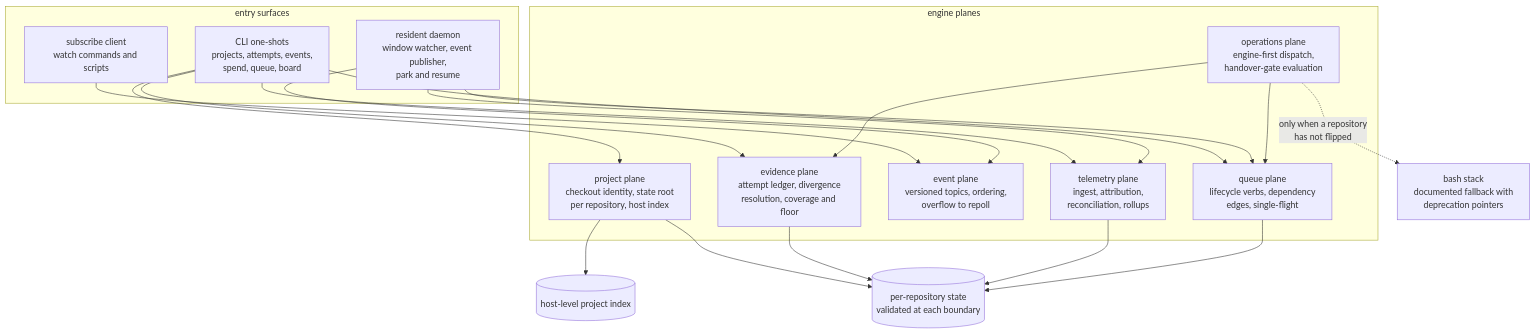
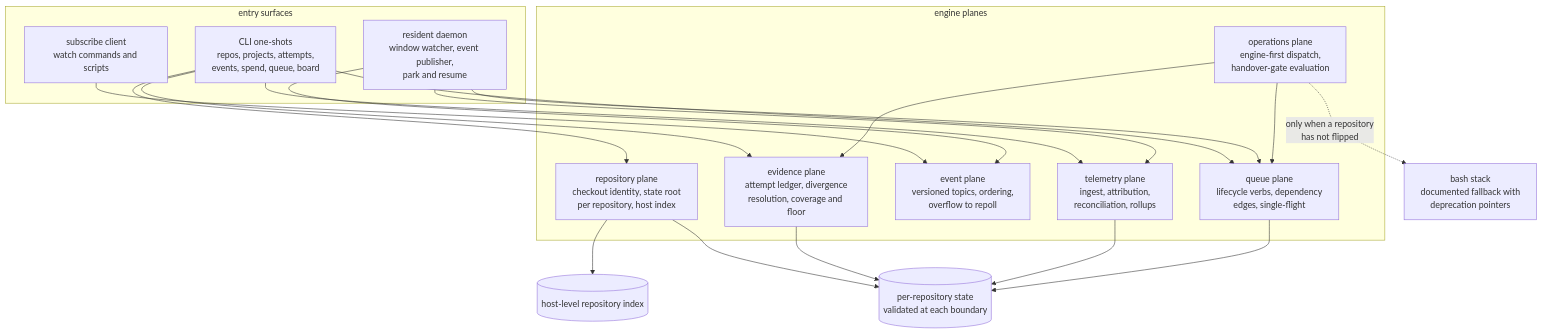
Before and after one commit to juliusz-cwiakalski/agentic-delivery-os: the second of 11 diagrams in doc/planning/oss-tooling/milestones/m2/architecture.md, drawn with Mermaid. The commit also changed other lines of this file and 2 other files, not shown here.

Commit message:
chore(GH-303): update doc/changes/2026-11/2026-11-11--GH-303--project-g…

````diff
--- a/doc/planning/oss-tooling/milestones/m2/architecture.md
+++ b/doc/planning/oss-tooling/milestones/m2/architecture.md
@@ -46,35 +67,35 @@
 ```mermaid
 flowchart TB
     subgraph entry [entry surfaces]
-        CLI[CLI one-shots<br/>projects, attempts, events,<br/>spend, queue, board]
+        CLI[CLI one-shots<br/>repos, projects, attempts,<br/>events, spend, queue, board]
         SUB[subscribe client<br/>watch commands and scripts]
         DAEMON[resident daemon<br/>window watcher, event publisher,<br/>park and resume]
     end
     subgraph planes [engine planes]
-        PROJ[project plane<br/>checkout identity, state root<br/>per repository, host index]
+        PROJ[repository plane<br/>checkout identity, state root<br/>per repository, host index]
         EVID[evidence plane<br/>attempt ledger, divergence<br/>resolution, coverage and floor]
         EVENTS[event plane<br/>versioned topics, ordering,<br/>overflow to repoll]
         TELEM[telemetry plane<br/>ingest, attribution,<br/>reconciliation, rollups]
         QUEUE[queue plane<br/>lifecycle verbs, dependency<br/>edges, single-flight]
         OPS[operations plane<br/>engine-first dispatch,<br/>handover-gate evaluation]
     end
     STATE[(per-repository state<br/>validated at each boundary)]
-    HOSTIDX[(host-level project index)]
+    HOSTIDX[(host-level repository index)]
     BASHF[bash stack<br/>documented fallback with<br/>deprecation pointers]
     CLI --> PROJ
     CLI --> EVID
     CLI --> TELEM
     CLI --> QUEUE
     SUB --> EVENTS
     DAEMON --> EVENTS
     DAEMON --> QUEUE
     DAEMON --> TELEM
     PROJ --> HOSTIDX
     PROJ --> STATE
     EVID --> STATE
     TELEM --> STATE
     QUEUE --> STATE
     OPS --> QUEUE
     OPS --> EVID
     OPS -.->|only when a repository<br/>has not flipped| BASHF
 ```
````
